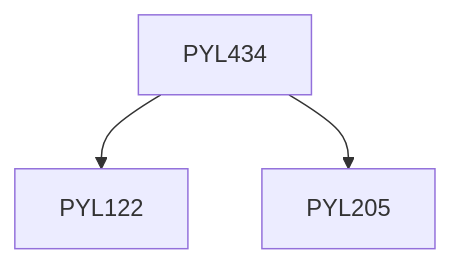
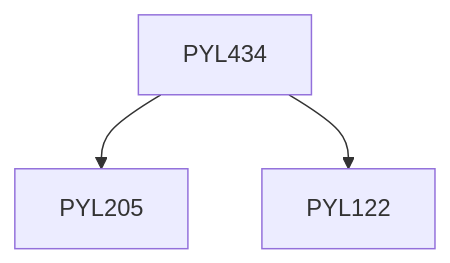
The diagram in content/Physics/PYL434.md (KeshavBansal0122/CoS_Website), drawn with Mermaid before and after one commit. The commit also changed other lines of this file and 392 other files, not shown here.

````diff
--- a/content/Physics/PYL434.md
+++ b/content/Physics/PYL434.md
@@ -13,9 +13,9 @@
 ```mermaid
 flowchart TD
 PYL434-652[PYL434]
+PYL434-652 --> PYL205-652[PYL205]
 PYL434-652 --> PYL122-652[PYL122]
-PYL434-652 --> PYL205-652[PYL205]
 
 classDef empty height:17px, fill:transparent, stroke:transparent;
 classDef trueEmpty height:0px, width:0px;
 ```
````
